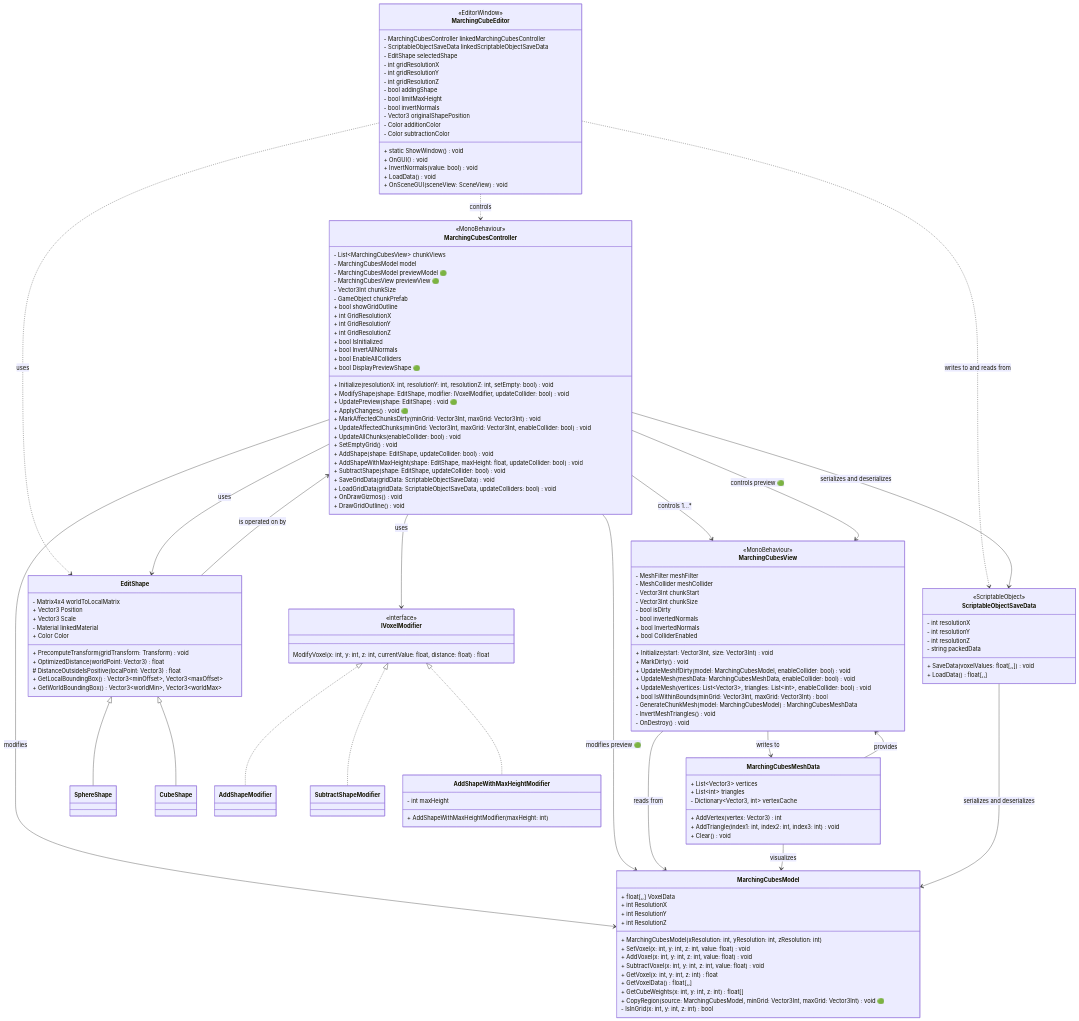
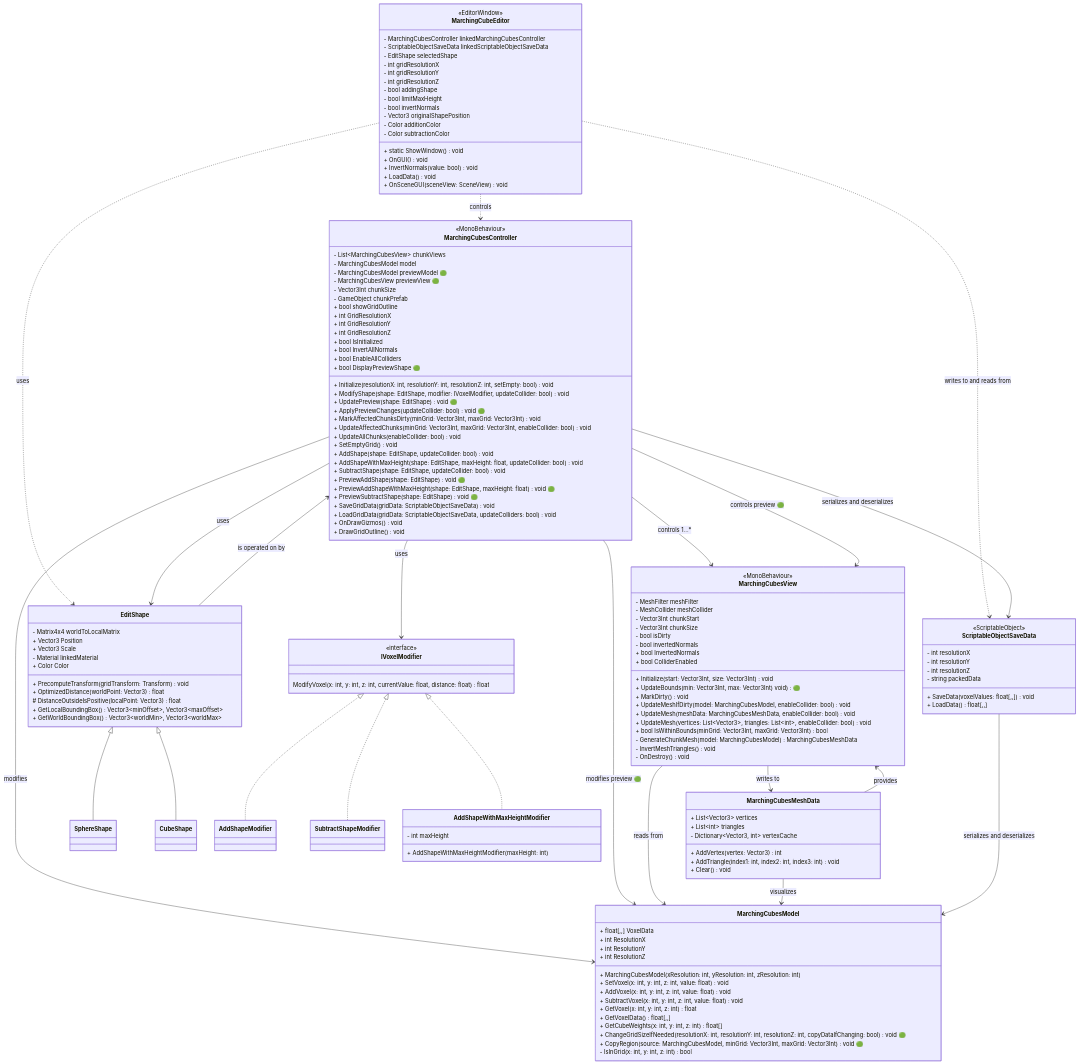
The diagram in Documentation/UML/ClassDiagram/README.md (iffn/MarchingCubeEditorForUnity), drawn with Mermaid before and after one commit.

Commit message:
Updated class diagram

```diff
--- a/Documentation/UML/ClassDiagram/README.md
+++ b/Documentation/UML/ClassDiagram/README.md
@@ -20,7 +20,7 @@
         + Initialize(resolutionX: int, resolutionY: int, resolutionZ: int, setEmpty: bool) void
         + ModifyShape(shape: EditShape, modifier: IVoxelModifier, updateCollider: bool) void
         + UpdatePreview(shape: EditShape) void 🟢
-        + ApplyChanges() void 🟢
+        + ApplyPreviewChanges(updateCollider: bool) void 🟢
         + MarkAffectedChunksDirty(minGrid: Vector3Int, maxGrid: Vector3Int) void
         + UpdateAffectedChunks(minGrid: Vector3Int, maxGrid: Vector3Int, enableCollider: bool) void
         + UpdateAllChunks(enableCollider: bool) void
@@ -28,6 +28,9 @@
         + AddShape(shape: EditShape, updateCollider: bool) void
         + AddShapeWithMaxHeight(shape: EditShape, maxHeight: float, updateCollider: bool) void
         + SubtractShape(shape: EditShape, updateCollider: bool) void
+        + PreviewAddShape(shape: EditShape) void 🟢
+        + PreviewAddShapeWithMaxHeight(shape: EditShape, maxHeight: float) void 🟢
+        + PreviewSubtractShape(shape: EditShape) void 🟢
         + SaveGridData(gridData: ScriptableObjectSaveData) void
         + LoadGridData(gridData: ScriptableObjectSaveData, updateColliders: bool) void
         + OnDrawGizmos() void
@@ -43,6 +46,7 @@
         - bool isDirty
         - bool invertedNormals
         + Initialize(start: Vector3Int, size: Vector3Int) void
+        + UpdateBounds(min: Vector3Int, max: Vector3Int) void) 🟢
         + MarkDirty() void
         + UpdateMeshIfDirty(model: MarchingCubesModel, enableCollider: bool) void
         + UpdateMesh(meshData: MarchingCubesMeshData, enableCollider: bool) void
@@ -68,6 +72,7 @@
         + GetVoxel(x: int, y: int, z: int) float
         + GetVoxelData() float[,,]
         + GetCubeWeights(x: int, y: int, z: int) float[]
+        + ChangeGridSizeIfNeeded(resolutionX: int, resolutionY: int, resolutionZ: int, copyDataIfChanging: bool) void 🟢
         + CopyRegion(source: MarchingCubesModel, minGrid: Vector3Int, maxGrid: Vector3Int) void 🟢
         - IsInGrid(x: int, y: int, z: int) bool
     }
```
